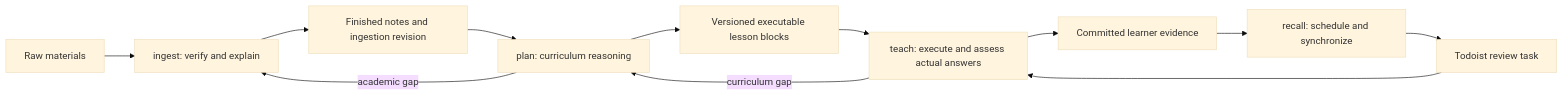
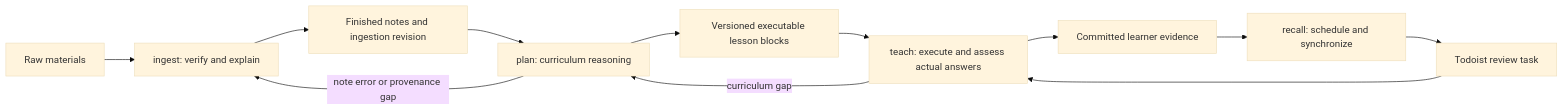
Before and after one commit to SlavomirHoricka/University_notes: the first of 2 diagrams in 03_Agents/plugins/uni-teach/LEARNING_ARCHITECTURE.md, drawn with Mermaid (base theme). The commit also changed other lines of this file and 56 other files, not shown here.

````diff
--- a/03_Agents/plugins/uni-teach/LEARNING_ARCHITECTURE.md
+++ b/03_Agents/plugins/uni-teach/LEARNING_ARCHITECTURE.md
@@ -29,14 +29,14 @@
 ```mermaid
 flowchart LR
   M[Raw materials] --> I[ingest: verify and explain]
   I --> N[Finished notes and ingestion revision]
   N --> P[plan: curriculum reasoning]
   P --> C[Versioned executable lesson blocks]
   C --> T[teach: execute and assess actual answers]
   T --> E[Committed learner evidence]
   E --> R[recall: schedule and synchronize]
   R --> D[Todoist review task]
   D --> T
   T -->|curriculum gap| P
-  P -->|academic gap| I
+  P -->|note error or provenance gap| I
 ```
````
